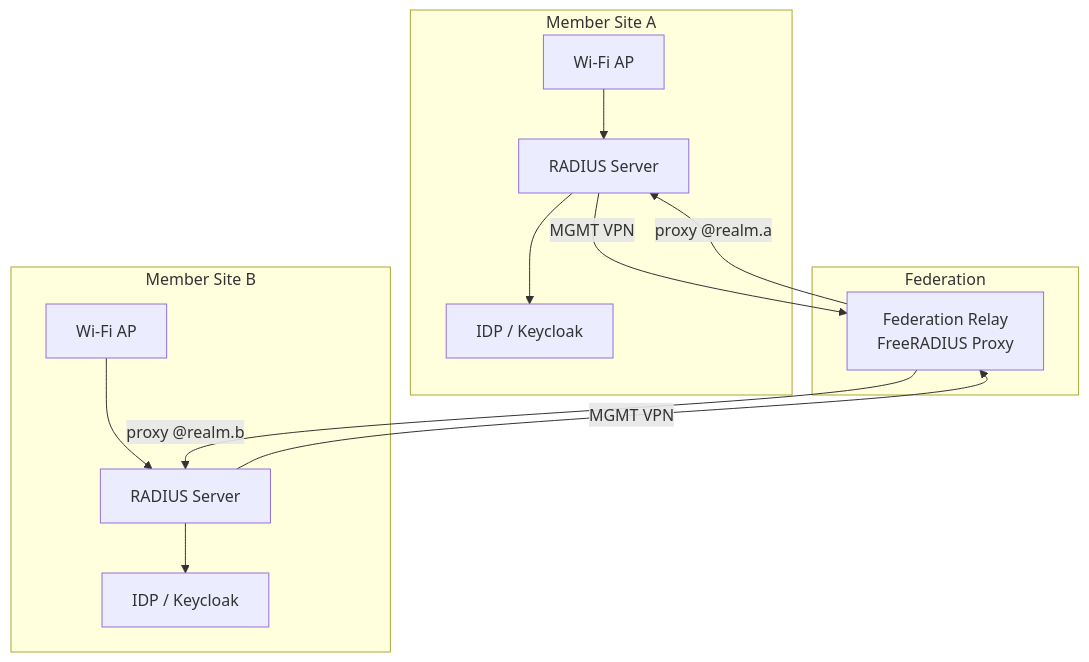
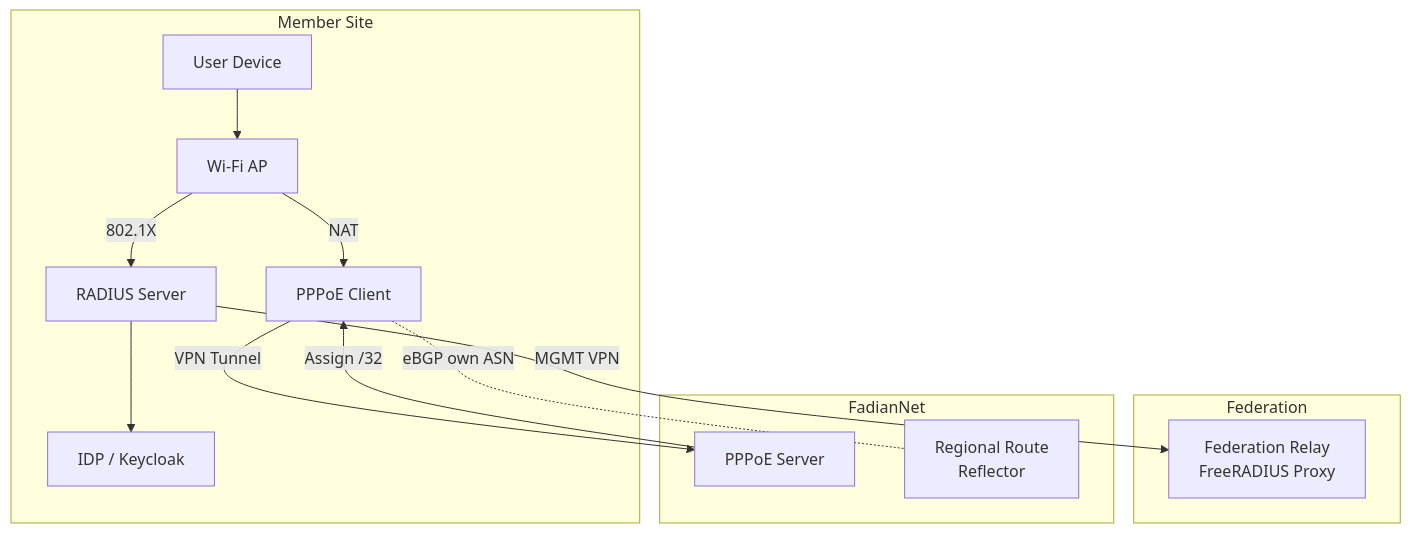
The diagram in docs/architecture/overview.md (FadianRoam/fadianroam-blueprint), drawn with Mermaid before and after one commit. The commit also changed other lines of this file and 1 other file, not shown here.

First line of the commit message:
Redesign architecture: add PPPoE access layer and eBGP /32 routing

````diff
--- a/docs/architecture/overview.md
+++ b/docs/architecture/overview.md
@@ -7,21 +7,23 @@
 ```mermaid
 graph TB
-    subgraph "Member Site A"
-        AP_A[Wi-Fi AP] --> RADIUS_A[RADIUS Server]
-        RADIUS_A --> IDP_A[IDP / Keycloak]
+    subgraph "Member Site"
+        USER[User Device] --> AP[Wi-Fi AP]
+        AP -->|802.1X| RADIUS[RADIUS Server]
+        RADIUS --> IDP[IDP / Keycloak]
+        AP -->|NAT| PPPOE_C[PPPoE Client]
     end
-    
-    subgraph "Member Site B"
-        AP_B[Wi-Fi AP] --> RADIUS_B[RADIUS Server]
-        RADIUS_B --> IDP_B[IDP / Keycloak]
-    end
-    
+
     subgraph "Federation"
         RELAY[Federation Relay<br/>FreeRADIUS Proxy]
     end
-    
-    RADIUS_A -- "MGMT VPN" --> RELAY
-    RADIUS_B -- "MGMT VPN" --> RELAY
-    RELAY -- "proxy @realm.b" --> RADIUS_B
-    RELAY -- "proxy @realm.a" --> RADIUS_A
+
+    subgraph "FadianNet"
+        PPPOE_S[PPPoE Server]
+        RR[Regional Route<br/>Reflector]
+    end
+
+    RADIUS -- "MGMT VPN" --> RELAY
+    PPPOE_C -- "VPN Tunnel" --> PPPOE_S
+    PPPOE_S -- "Assign /32" --> PPPOE_C
+    PPPOE_C -.- |"eBGP own ASN"| RR
 ```
````
